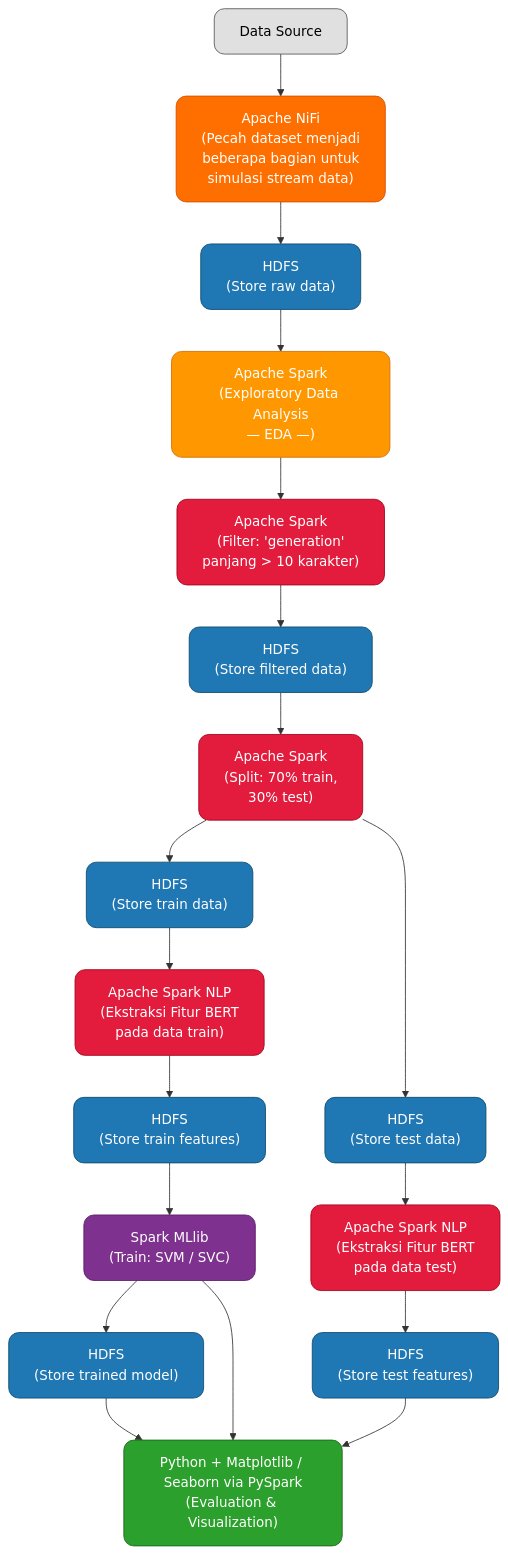
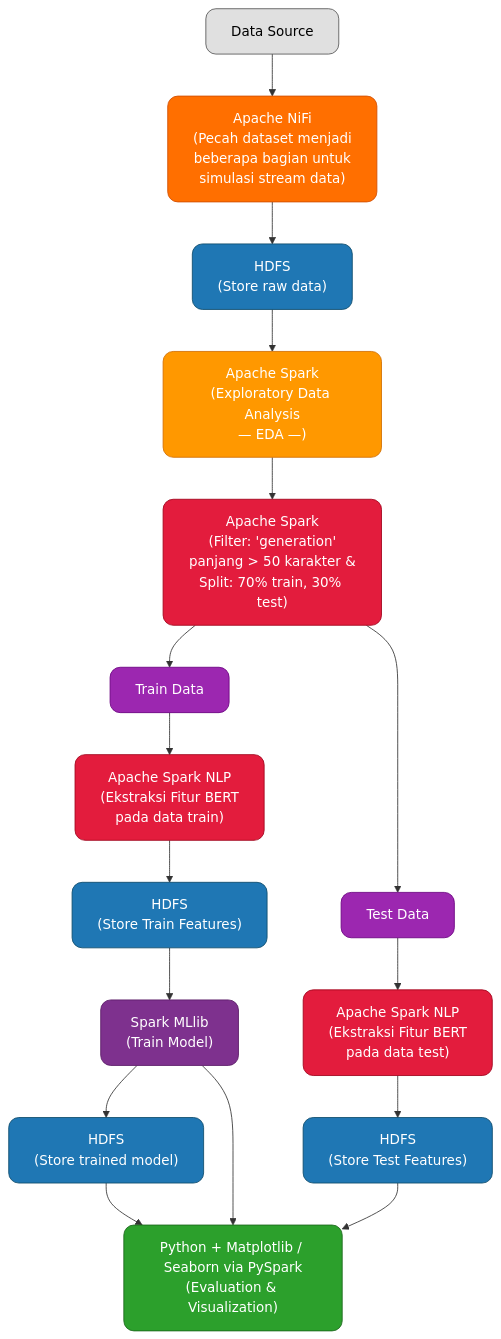
One commit to rafyakbar/big-data-stack changed the diagram in README.md. Above: the diagram before and after it, drawn with Mermaid.

````diff
--- a/README.md
+++ b/README.md
@@ -1,45 +1,45 @@
 ```mermaid
 flowchart TD
     %% Definisi gaya warna berdasarkan komponen
     classDef source fill:#e0e0e0,stroke:#555,color:#000,rx:12,ry:12;
     classDef nifi fill:#ff6f00,stroke:#d14d00,color:#fff,rx:12,ry:12;
     classDef hdfs fill:#1f77b4,stroke:#0d4a6b,color:#fff,rx:12,ry:12;
     classDef spark fill:#e31c3d,stroke:#a0001a,color:#fff,rx:12,ry:12;
     classDef mllib fill:#7e318e,stroke:#5a1a66,color:#fff,rx:12,ry:12;
     classDef viz fill:#2ca02c,stroke:#1b661b,color:#fff,rx:12,ry:12;
     classDef eda fill:#ff9800,stroke:#d16e00,color:#fff,rx:12,ry:12;
+    classDef intermediate fill:#9c27b0,stroke:#6a0080,color:#fff,rx:12,ry:12;
 
     A[Data Source] --> B["Apache NiFi<br>(Pecah dataset menjadi<br>beberapa bagian untuk<br>simulasi stream data)"]
     B --> C["HDFS<br>(Store raw data)"]
     C --> D["Apache Spark<br>(Exploratory Data Analysis<br>— EDA —)"]
-    D --> E["Apache Spark<br>(Filter: 'generation'<br>panjang > 10 karakter)"]
-    E --> F["HDFS<br>(Store filtered data)"]
-    F --> G["Apache Spark<br>(Split: 70% train,<br>30% test)"]
-    
+    D --> E["Apache Spark<br>(Filter: 'generation'<br>panjang > 50 karakter &<br>Split: 70% train, 30% test)"]
+
     %% Cabang Train
-    G --> H1["HDFS<br>(Store train data)"]
+    E --> H1["Train Data"]
     H1 --> I1["Apache Spark NLP<br>(Ekstraksi Fitur BERT<br>pada data train)"]
-    I1 --> J1["HDFS<br>(Store train features)"]
-    J1 --> K["Spark MLlib<br>(Train: SVM / SVC)"]
+    I1 --> J1["HDFS<br>(Store Train Features)"]
+    J1 --> K["Spark MLlib<br>(Train Model)"]
     K --> L["HDFS<br>(Store trained model)"]
-    
+
     %% Cabang Test
-    G --> H2["HDFS<br>(Store test data)"]
+    E --> H2["Test Data"]
     H2 --> I2["Apache Spark NLP<br>(Ekstraksi Fitur BERT<br>pada data test)"]
-    I2 --> J2["HDFS<br>(Store test features)"]
-    
+    I2 --> J2["HDFS<br>(Store Test Features)"]
+
     %% Gabung untuk evaluasi
     K --> M
     J2 --> M
     L --> M
     M["Python + Matplotlib / Seaborn via PySpark<br>(Evaluation & Visualization)"]
 
     %% Terapkan kelas warna
     class A source;
     class B nifi;
-    class C,F,H1,H2,J1,J2,L hdfs;
-    class D,E,G,I1,I2 spark;
+    class C,J1,J2,L hdfs;
+    class D,E,I1,I2 spark;
     class K mllib;
     class M viz;
     class D eda;
+    class H1,H2 intermediate;
 ```
````
